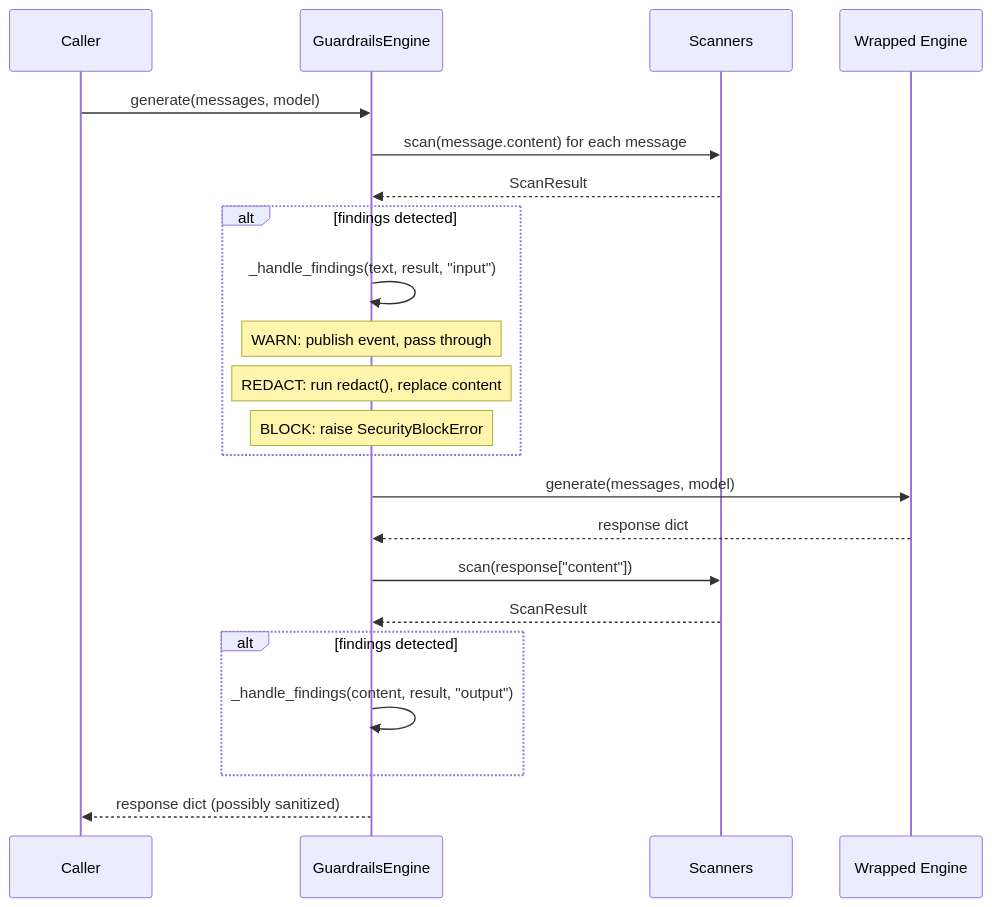
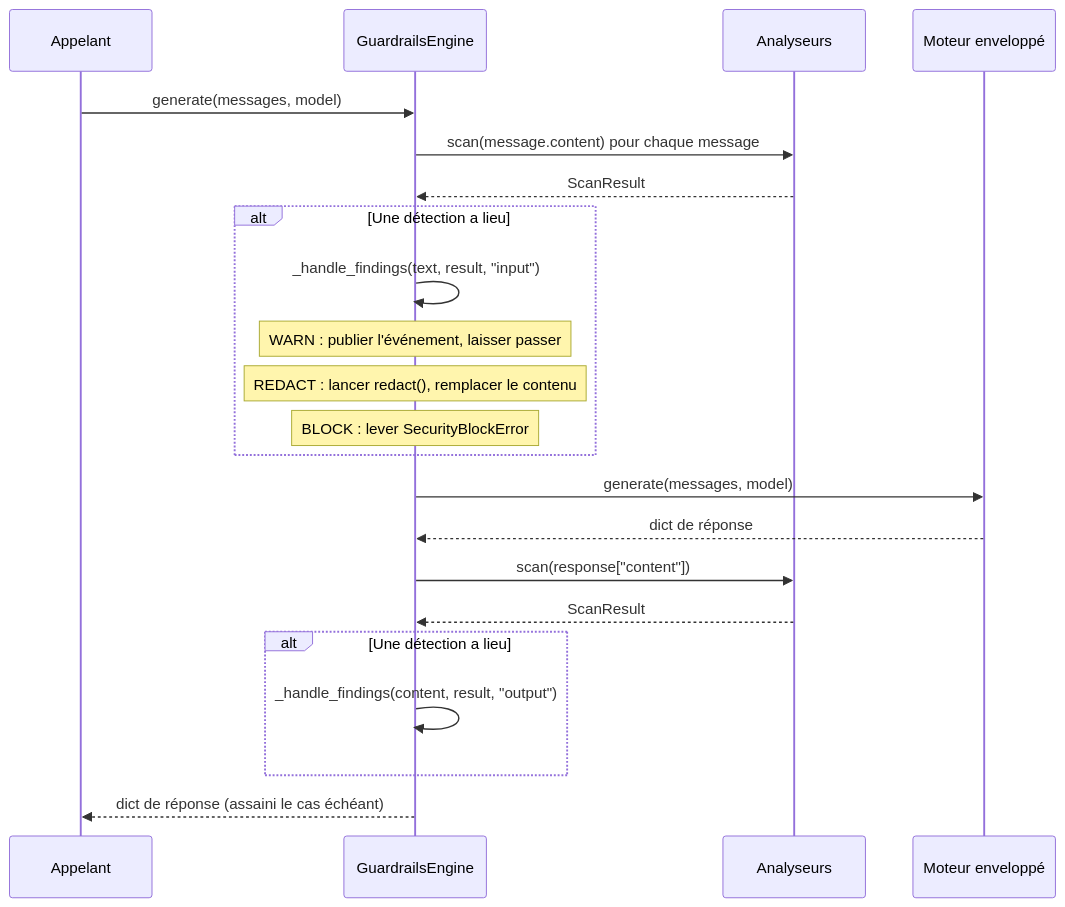
One commit to carlitoetienne01-spec/Diapason changed the third of 6 diagrams in docs/architecture/security.md. Above: the diagram before and after it, drawn with Mermaid. The commit also changed other lines of this file and 257 other files, not shown here.

````diff
--- a/docs/architecture/security.md
+++ b/docs/architecture/security.md
@@ -74,25 +74,25 @@
 ```mermaid
 sequenceDiagram
-    participant C as Caller
+    participant C as Appelant
     participant G as GuardrailsEngine
-    participant S as Scanners
-    participant E as Wrapped Engine
+    participant S as Analyseurs
+    participant E as Moteur enveloppé
 
     C->>G: generate(messages, model)
-    G->>S: scan(message.content) for each message
+    G->>S: scan(message.content) pour chaque message
     S-->>G: ScanResult
-    alt findings detected
+    alt Une détection a lieu
         G->>G: _handle_findings(text, result, "input")
-        note over G: WARN: publish event, pass through
-        note over G: REDACT: run redact(), replace content
-        note over G: BLOCK: raise SecurityBlockError
+        note over G: WARN : publier l'événement, laisser passer
+        note over G: REDACT : lancer redact(), remplacer le contenu
+        note over G: BLOCK : lever SecurityBlockError
     end
     G->>E: generate(messages, model)
-    E-->>G: response dict
+    E-->>G: dict de réponse
     G->>S: scan(response["content"])
     S-->>G: ScanResult
-    alt findings detected
+    alt Une détection a lieu
         G->>G: _handle_findings(content, result, "output")
     end
-    G-->>C: response dict (possibly sanitized)
+    G-->>C: dict de réponse (assaini le cas échéant)
 ```
````
